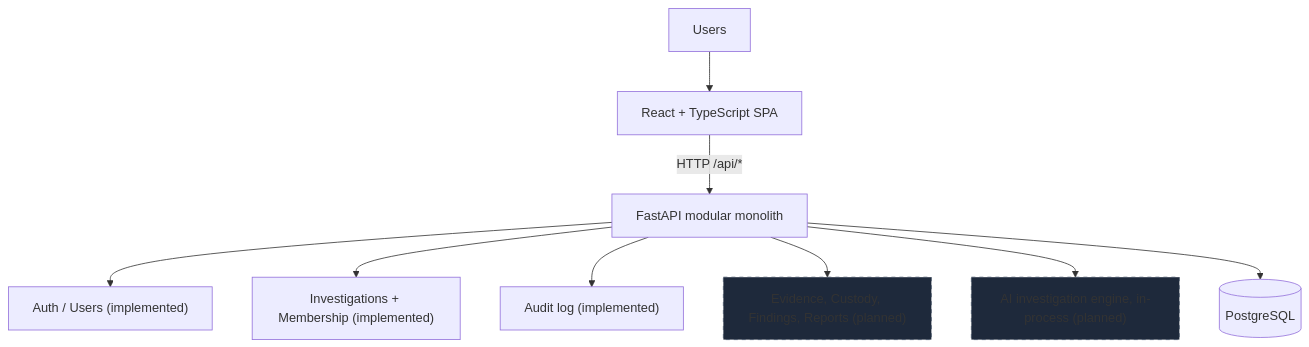
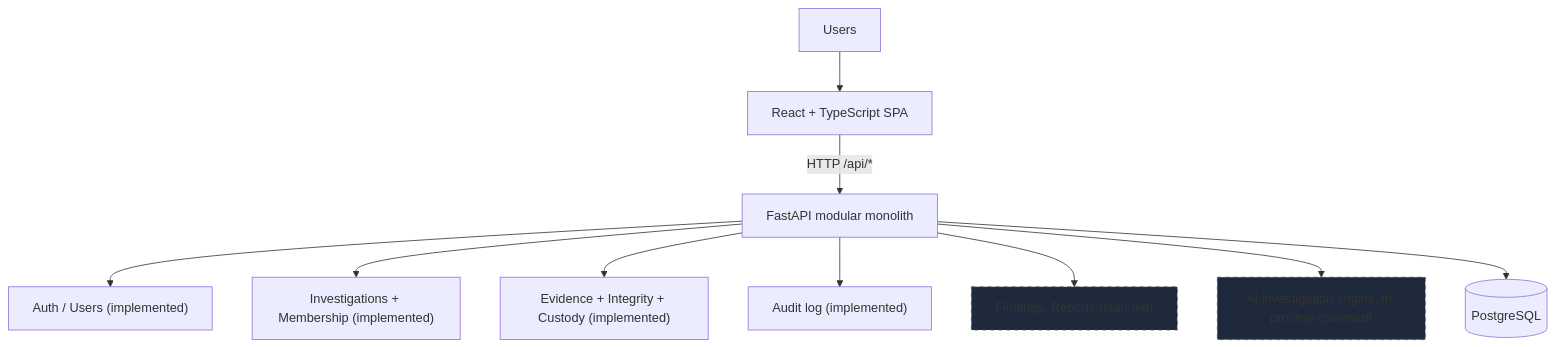
Before and after one commit to shikhar-sahay/provena: the first of 2 diagrams in README.md, drawn with Mermaid. The commit also changed other lines of this file and 5 other files, not shown here.

Commit message:
docs: document Provena evidence and AI architecture

````diff
--- a/README.md
+++ b/README.md
@@ -85,13 +90,14 @@
 ```mermaid
 flowchart TB
     Users --> SPA["React + TypeScript SPA"]
     SPA -->|"HTTP /api/*"| API["FastAPI modular monolith"]
     API --> Auth["Auth / Users (implemented)"]
     API --> Inv["Investigations + Membership (implemented)"]
+    API --> Ev["Evidence + Integrity + Custody (implemented)"]
     API --> Audit["Audit log (implemented)"]
-    API --> PlannedBE["Evidence, Custody, Findings, Reports (planned)"]
+    API --> PlannedBE["Findings, Reports (planned)"]
     API --> AI["AI investigation engine, in-process (planned)"]
     API --> PG[("PostgreSQL")]
     style PlannedBE fill:#1e293b,stroke:#475569,stroke-dasharray: 5 5
     style AI fill:#1e293b,stroke:#475569,stroke-dasharray: 5 5
 ```
````
